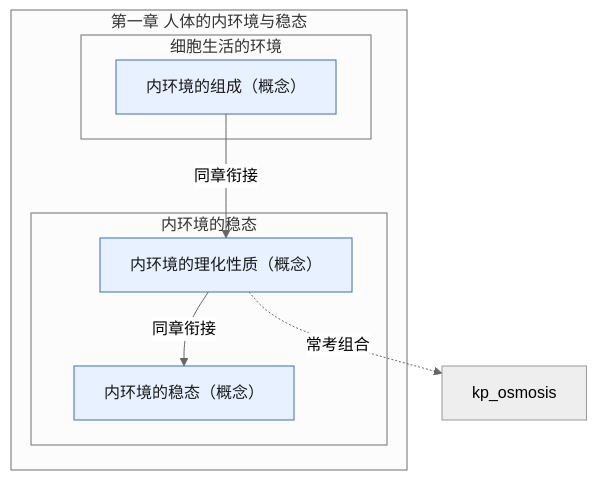
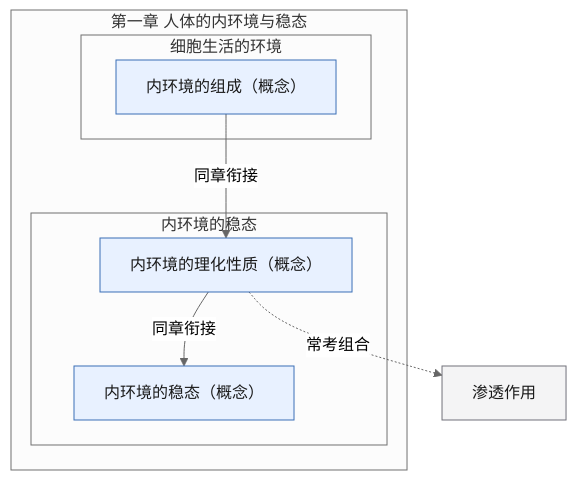
The diagram in skills/high-school-ai-tutor/references/pep-bio-xbx1-ch1.md (lihenair/high-school-ai-tutor-skill), drawn with Mermaid (neutral theme) before and after one commit. The commit also changed 20 other files, not shown here.

Commit message:
feat(graph): 跨章常考组合渲染为中文显示名（灰色外部节点），不再显示英文代号

````diff
--- a/skills/high-school-ai-tutor/references/pep-bio-xbx1-ch1.md
+++ b/skills/high-school-ai-tutor/references/pep-bio-xbx1-ch1.md
@@ -5,19 +5,19 @@
 ```mermaid
 flowchart TD
   classDef concept fill:#E8F1FF,stroke:#3B6FB6,color:#1A1A1A
   classDef skill fill:#E7F6EE,stroke:#2E7D4F,color:#1A1A1A
   classDef experiment fill:#FFF4E5,stroke:#C47B17,color:#1A1A1A
   classDef later fill:#F4F4F5,stroke:#71717A,color:#1A1A1A
   subgraph ch["第一章 人体的内环境与稳态"]
     subgraph s1["细胞生活的环境"]
       kp_internal_environment["内环境的组成（概念）"]:::concept
     end
     subgraph s2["内环境的稳态"]
       kp_internal_env_properties["内环境的理化性质（概念）"]:::concept
       kp_homeostasis["内环境的稳态（概念）"]:::concept
     end
   end
   kp_internal_environment -->|同章衔接| kp_internal_env_properties
   kp_internal_env_properties -->|同章衔接| kp_homeostasis
-  kp_internal_env_properties -.->|常考组合| kp_osmosis
+  kp_internal_env_properties -.->|常考组合| kp_osmosis["渗透作用"]:::later
 ```
````
